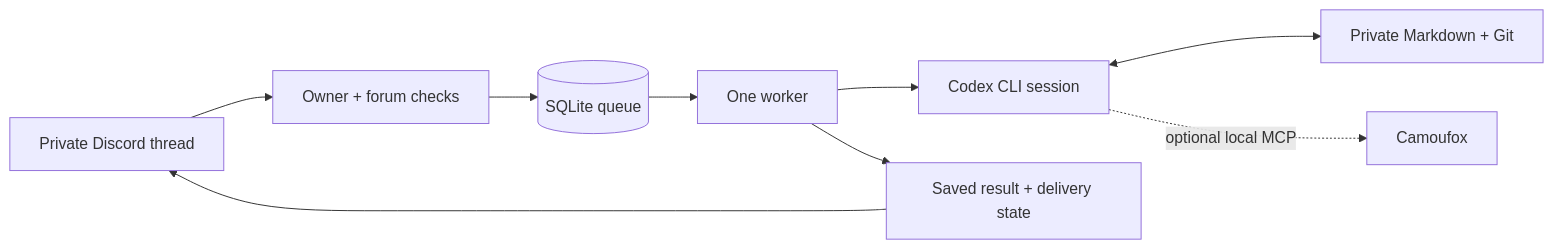
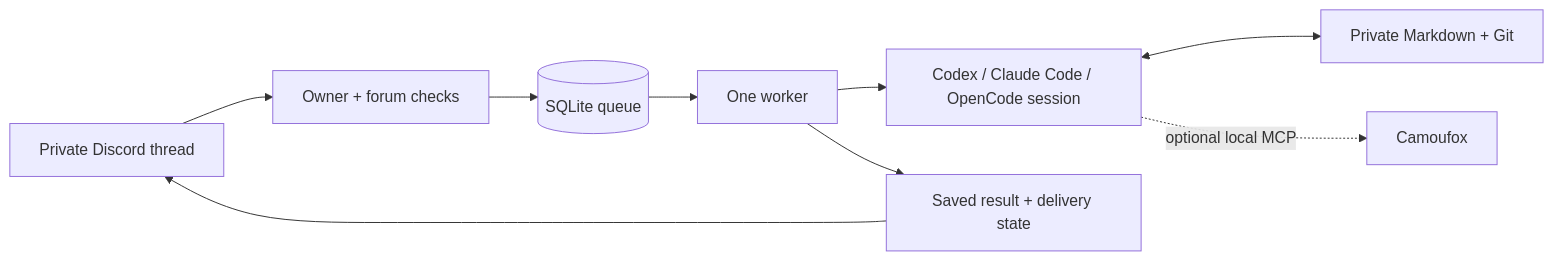
One commit to dalkedev/plompy-engine changed the diagram in README.md. Above: the diagram before and after it, drawn with Mermaid. The commit also changed other lines of this file and 40 other files, not shown here.

Commit message:
feat: add provider-bound Claude Code and OpenCode host runners

````diff
--- a/README.md
+++ b/README.md
@@ -51,11 +59,11 @@
 ```mermaid
 flowchart LR
     Discord["Private Discord thread"] --> Guard["Owner + forum checks"]
     Guard --> Queue[(SQLite queue)]
     Queue --> Worker["One worker"]
-    Worker --> Codex["Codex CLI session"]
+    Worker --> Codex["Codex / Claude Code / OpenCode session"]
     Codex <--> Memory["Private Markdown + Git"]
     Codex -. "optional local MCP" .-> Browser["Camoufox"]
     Worker --> Result["Saved result + delivery state"]
     Result --> Discord
 ```
````
